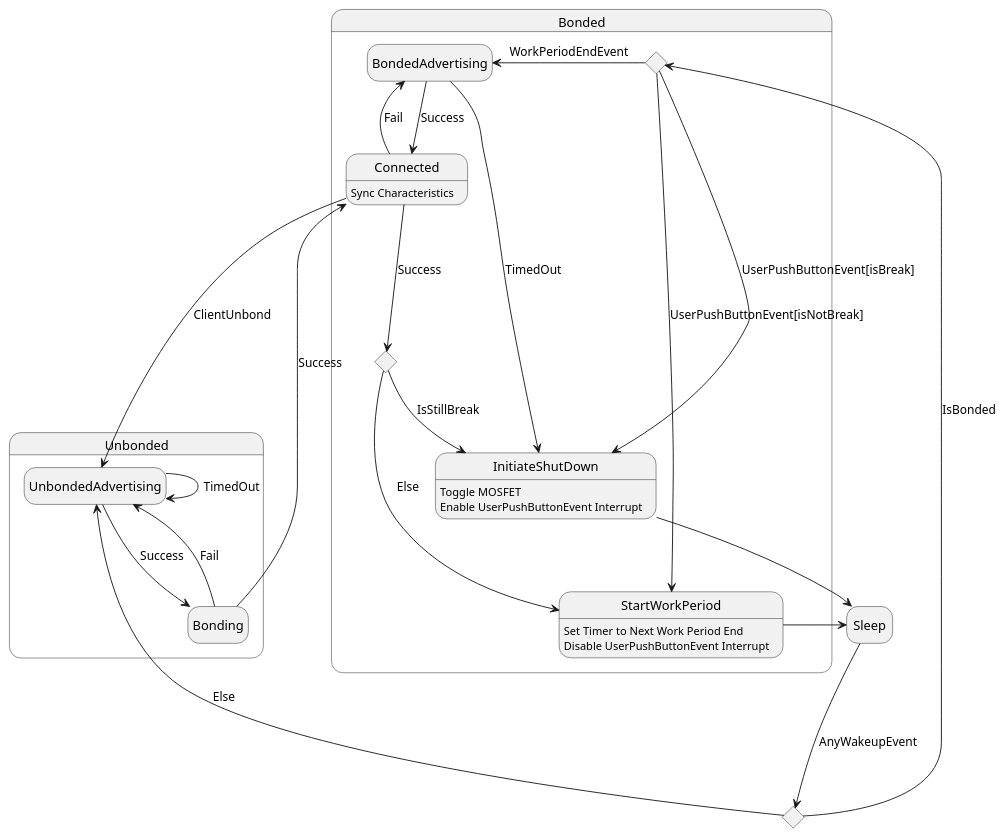
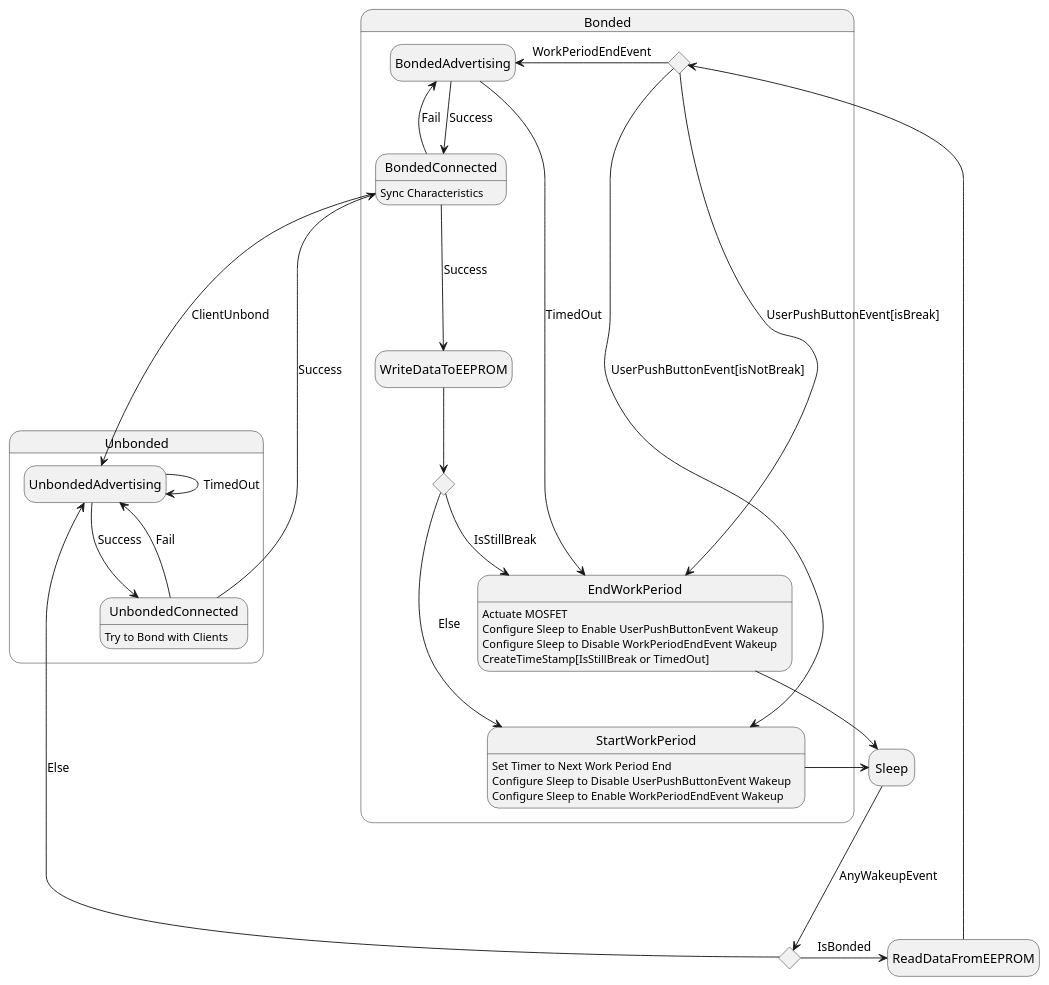
Before and after one commit to khoitd1997/hypnos: the diagram in firmware/docs/top_level_state_machine.wsd, drawn with PlantUML. The commit also changed 25 other files, not shown here.

```diff
--- a/firmware/docs/top_level_state_machine.wsd
+++ b/firmware/docs/top_level_state_machine.wsd
@@ -1,41 +1,47 @@
 @startuml TopLevelDiagram
 hide empty description
 
 state BondedCheck <<choice>>
 Sleep ---> BondedCheck: AnyWakeupEvent
 
 state Unbonded {
     UnbondedAdvertising --> UnbondedAdvertising: TimedOut
-    UnbondedAdvertising --> Bonding: Success
-    Bonding-->UnbondedAdvertising: Fail
+    UnbondedAdvertising --> UnbondedConnected: Success
+    UnbondedConnected-->UnbondedAdvertising: Fail
+    UnbondedConnected: Try to Bond with Clients
 }
 BondedCheck ---> UnbondedAdvertising: Else
 
 state Bonded {
     state WakeupReason <<choice>>
-    WakeupReason -> InitiateShutDown: UserPushButtonEvent[isBreak]
-        InitiateShutDown --> Sleep
-        InitiateShutDown: Toggle MOSFET
-        InitiateShutDown: Enable UserPushButtonEvent Interrupt
+    WakeupReason -> EndWorkPeriod: UserPushButtonEvent[isBreak]
+        EndWorkPeriod --> Sleep
+        EndWorkPeriod: Actuate MOSFET
+        EndWorkPeriod: Configure Sleep to Enable UserPushButtonEvent Wakeup
+        EndWorkPeriod: Configure Sleep to Disable WorkPeriodEndEvent Wakeup
+        EndWorkPeriod: CreateTimeStamp[IsStillBreak or TimedOut]
 
     WakeupReason -> StartWorkPeriod: UserPushButtonEvent[isNotBreak]
         StartWorkPeriod: Set Timer to Next Work Period End
-        StartWorkPeriod: Disable UserPushButtonEvent Interrupt
+        StartWorkPeriod: Configure Sleep to Disable UserPushButtonEvent Wakeup
+        StartWorkPeriod: Configure Sleep to Enable WorkPeriodEndEvent Wakeup
         StartWorkPeriod --> Sleep
 
     WakeupReason -> BondedAdvertising: WorkPeriodEndEvent
-        BondedAdvertising --> InitiateShutDown: TimedOut
+        BondedAdvertising --> EndWorkPeriod: TimedOut
 
-        BondedAdvertising --> Connected: Success
-        Connected: Sync Characteristics
-        Bonding---->Connected: Success
+        BondedAdvertising --> BondedConnected: Success
+        BondedConnected: Sync Characteristics
+        UnbondedConnected---->BondedConnected: Success
         state AfterConnectBreakCheck <<choice>>
-        Connected ---> AfterConnectBreakCheck: Success
-        Connected -> BondedAdvertising: Fail
-        Connected ----> UnbondedAdvertising: ClientUnbond
+        BondedConnected ---> WriteDataToEEPROM: Success
+        WriteDataToEEPROM --> AfterConnectBreakCheck
+        BondedConnected -> BondedAdvertising: Fail
+        BondedConnected ----> UnbondedAdvertising: ClientUnbond
 
-        AfterConnectBreakCheck --> InitiateShutDown: IsStillBreak
+        AfterConnectBreakCheck --> EndWorkPeriod: IsStillBreak
         AfterConnectBreakCheck ---> StartWorkPeriod: Else
 }
-BondedCheck -> WakeupReason: IsBonded
+BondedCheck -> ReadDataFromEEPROM: IsBonded
+ReadDataFromEEPROM -> WakeupReason
 @enduml
```
